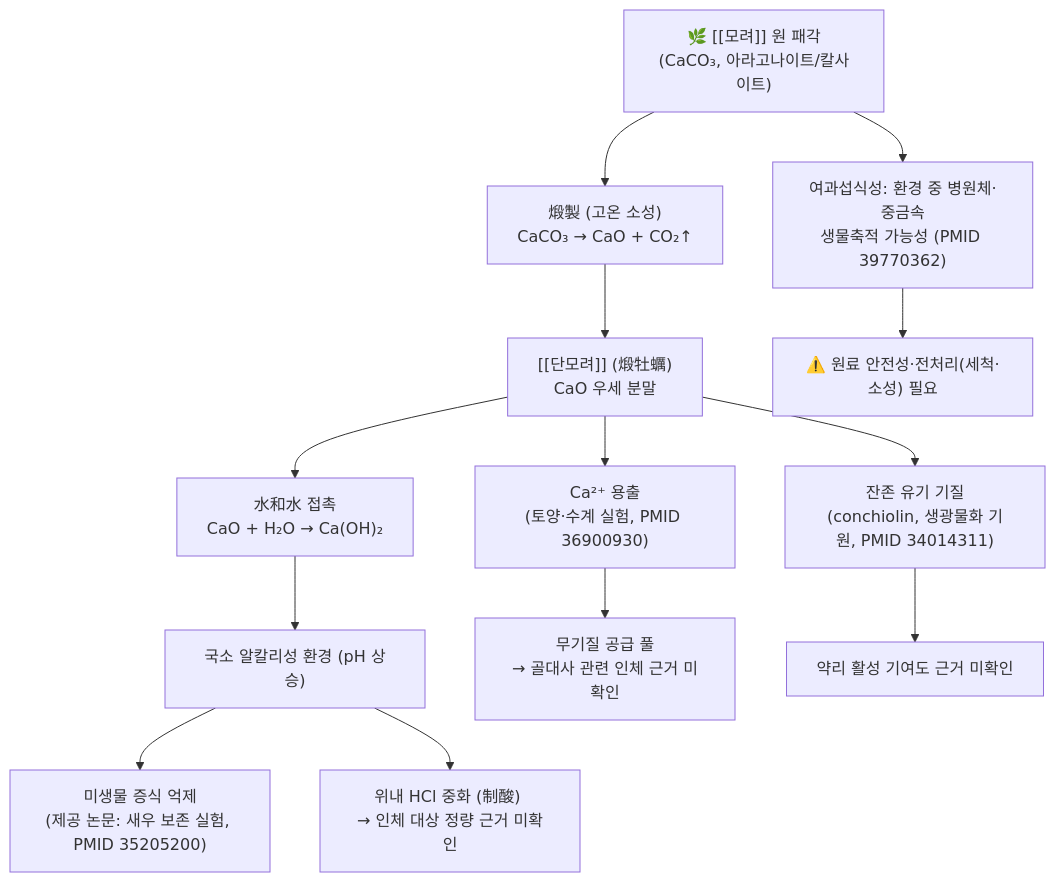
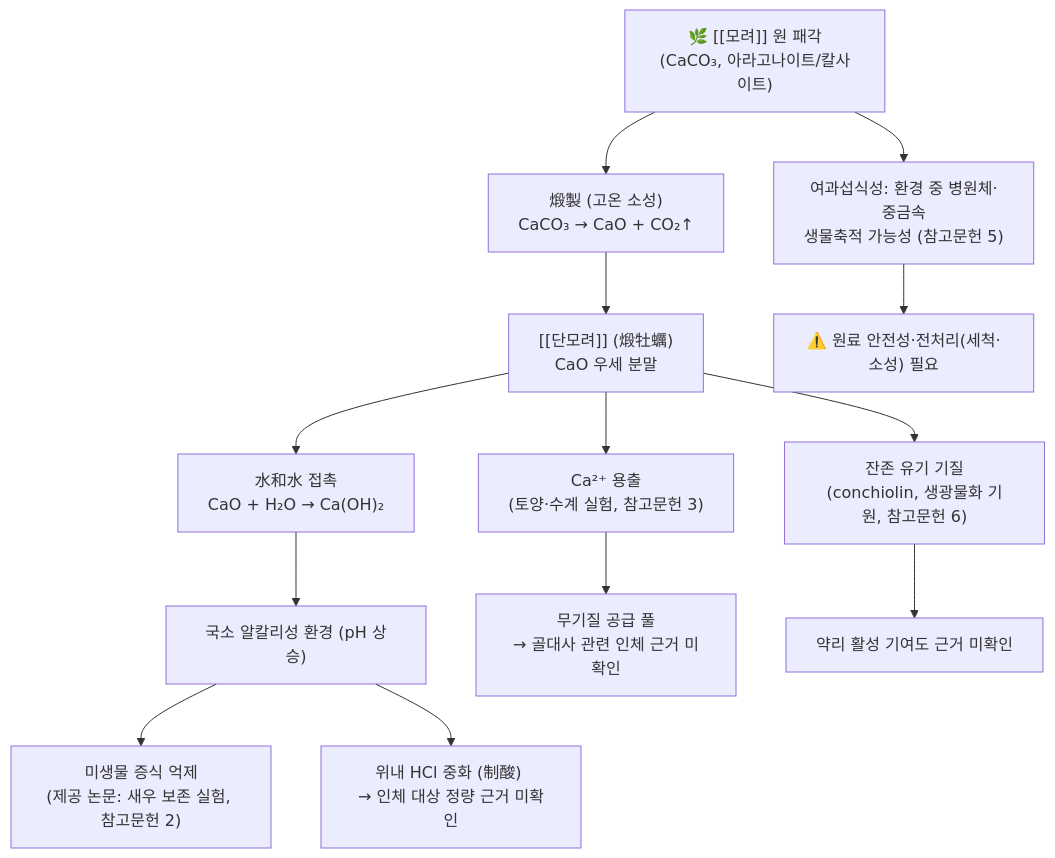
One commit to simbio11/simbio-digital-garden2 changed the diagram in content/2. 약리 공부/본초/18_수렴고삽약/단모려.md. Above: the diagram before and after it, drawn with Mermaid. The commit also changed other lines of this file and 424 other files, not shown here.

````diff
--- a/content/2. 약리 공부/본초/18_수렴고삽약/단모려.md
+++ b/content/2. 약리 공부/본초/18_수렴고삽약/단모려.md
@@ -71,19 +71,19 @@
 ```mermaid
 graph TD
     Raw["🌿 [[모려]] 원 패각<br/>(CaCO₃, 아라고나이트/칼사이트)"] --> Calc["煅製 (고온 소성)<br/>CaCO₃ → CaO + CO₂↑"]
     Calc --> Product["[[단모려]] (煅牡蠣)<br/>CaO 우세 분말"]
 
     Product --> Hydration["水和水 접촉<br/>CaO + H₂O → Ca(OH)₂"]
     Hydration --> Alkali["국소 알칼리성 환경 (pH 상승)"]
-    Alkali --> Microbe["미생물 증식 억제<br/>(제공 논문: 새우 보존 실험, PMID 35205200)"]
+    Alkali --> Microbe["미생물 증식 억제<br/>(제공 논문: 새우 보존 실험, 참고문헌 2)"]
     Alkali --> Acid["위내 HCl 중화 (制酸) <br/>→ 인체 대상 정량 근거 미확인"]
 
-    Product --> CaRelease["Ca²⁺ 용출<br/>(토양·수계 실험, PMID 36900930)"]
+    Product --> CaRelease["Ca²⁺ 용출<br/>(토양·수계 실험, 참고문헌 3)"]
     CaRelease --> MineralPool["무기질 공급 풀<br/>→ 골대사 관련 인체 근거 미확인"]
 
-    Product --> Organic["잔존 유기 기질<br/>(conchiolin, 생광물화 기원, PMID 34014311)"]
+    Product --> Organic["잔존 유기 기질<br/>(conchiolin, 생광물화 기원, 참고문헌 6)"]
     Organic --> Unknown["약리 활성 기여도 근거 미확인"]
 
-    Raw --> Bioaccu["여과섭식성: 환경 중 병원체·중금속<br/>생물축적 가능성 (PMID 39770362)"]
+    Raw --> Bioaccu["여과섭식성: 환경 중 병원체·중금속<br/>생물축적 가능성 (참고문헌 5)"]
     Bioaccu --> Safety["⚠️ 원료 안전성·전처리(세척·소성) 필요"]
 ```
````
